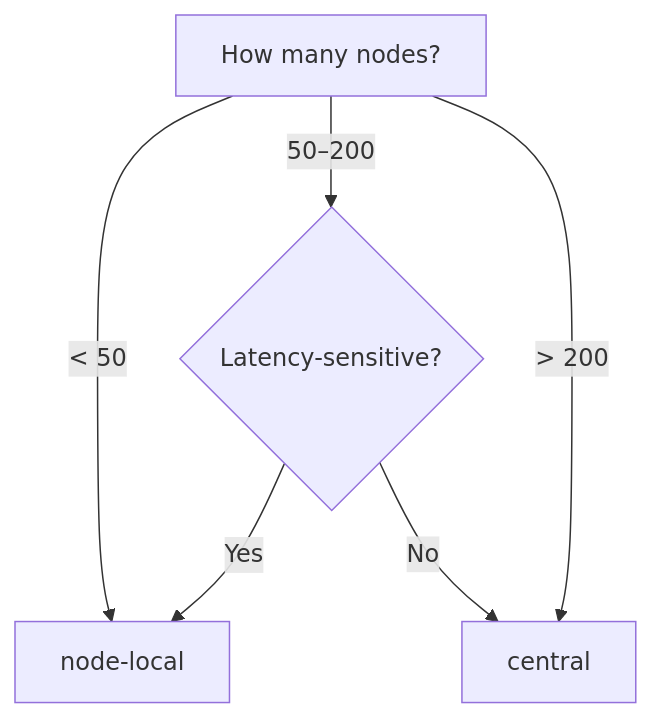
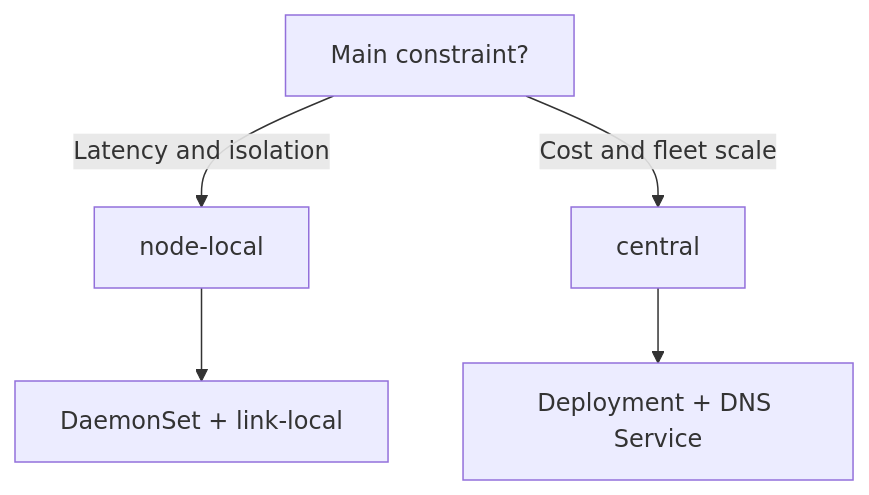
Before and after one commit to astradns/astradns-site: the diagram in docs/en/guides/topology-profiles.md, drawn with Mermaid. The commit also changed other lines of this file and 11 other files, not shown here.

````diff
--- a/docs/en/guides/topology-profiles.md
+++ b/docs/en/guides/topology-profiles.md
@@ -7,8 +19,7 @@
 ```mermaid
 flowchart TD
-    A[How many nodes?] -->|< 50| B[node-local]
-    A -->|50–200| C{Latency-sensitive?}
-    A -->|> 200| D[central]
-    C -->|Yes| B
-    C -->|No| D
+    A[Main constraint?] -->|Latency and isolation| B[node-local]
+    A -->|Cost and fleet scale| C[central]
+    B --> D[DaemonSet + link-local]
+    C --> E[Deployment + DNS Service]
 ```
````
